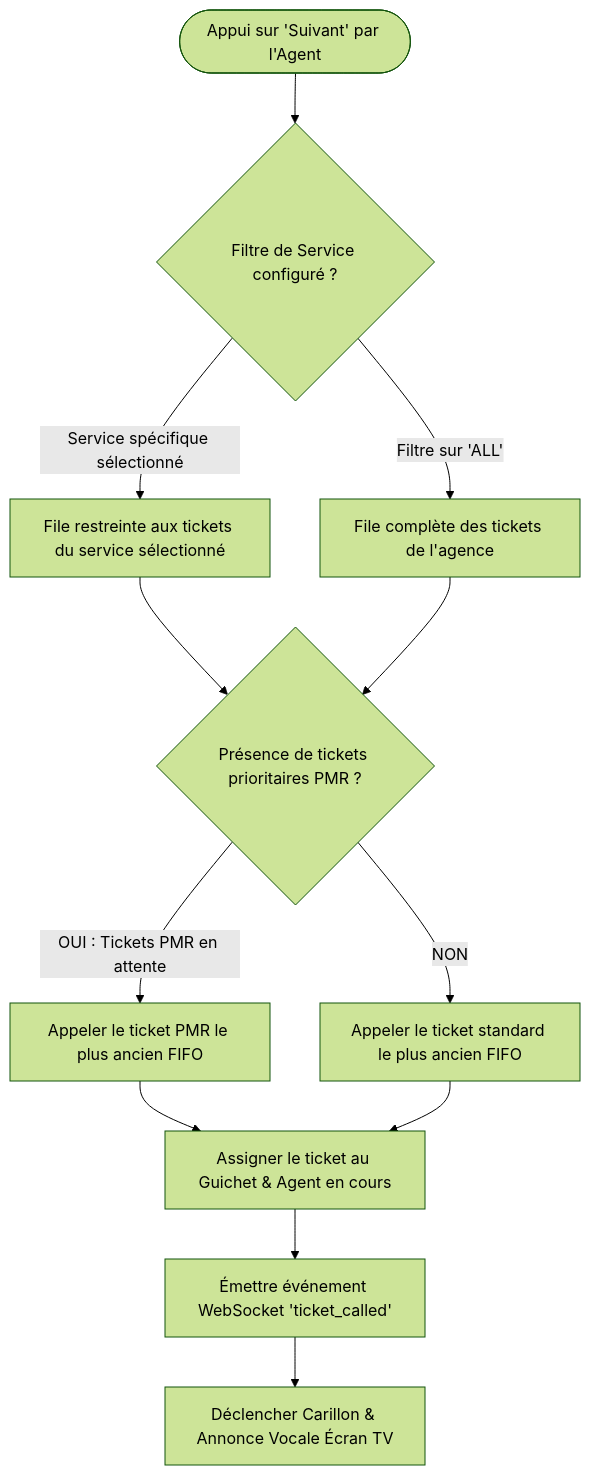
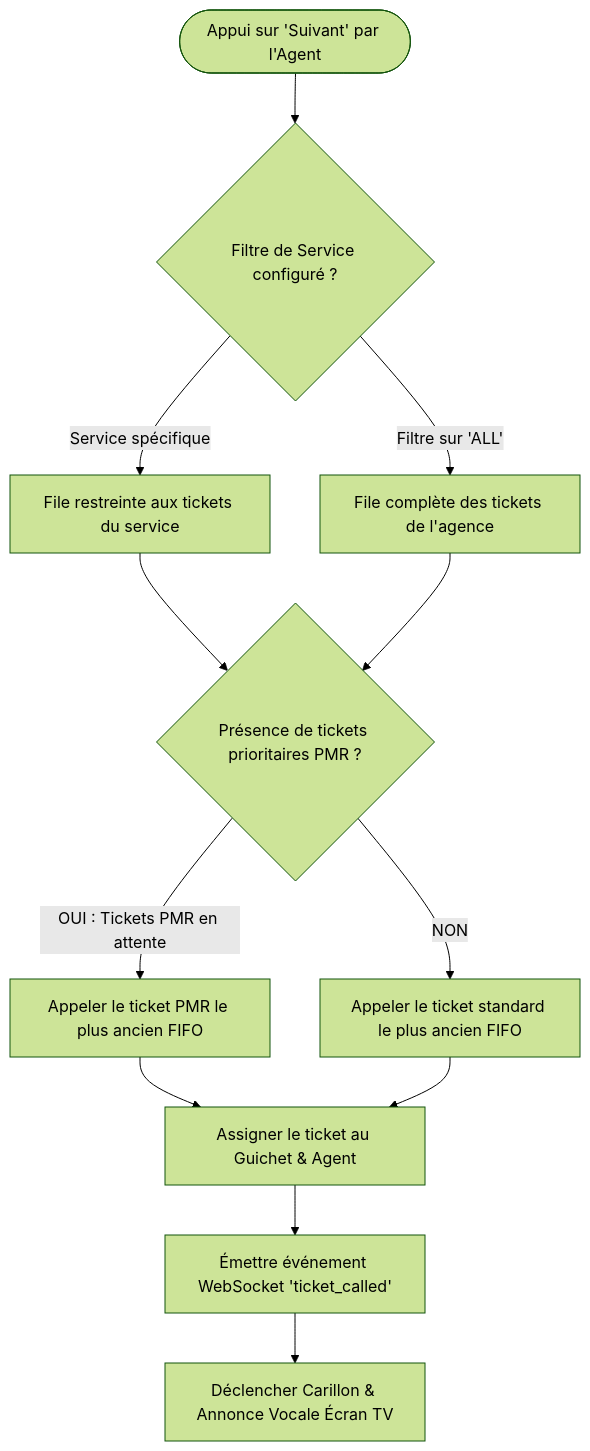
The second of 3 diagrams in DOCUMENTATION_TECHNIQUE.md (DavidLegend007/Cofina-Queue-Deployement), drawn with Mermaid (forest theme) before and after one commit. The commit also changed other lines of this file and 36 other files, not shown here.

````diff
--- a/DOCUMENTATION_TECHNIQUE.md
+++ b/DOCUMENTATION_TECHNIQUE.md
@@ -213,19 +211,19 @@
 ```mermaid
 flowchart TD
     Start([Appui sur 'Suivant' par l'Agent]) --> CheckFilter{Filtre de Service configuré ?}
     
-    CheckFilter -->|Service spécifique sélectionné| FilteredQueue[File restreinte aux tickets du service sélectionné]
+    CheckFilter -->|Service spécifique| FilteredQueue[File restreinte aux tickets du service]
     CheckFilter -->|Filtre sur 'ALL'| FullQueue[File complète des tickets de l'agence]
     
     FilteredQueue --> CheckPMR{Présence de tickets prioritaires PMR ?}
     FullQueue --> CheckPMR
     
     CheckPMR -->|OUI : Tickets PMR en attente| ServePMR[Appeler le ticket PMR le plus ancien FIFO]
     CheckPMR -->|NON| ServeStandard[Appeler le ticket standard le plus ancien FIFO]
     
-    ServePMR --> AssignTicket[Assigner le ticket au Guichet & Agent en cours]
+    ServePMR --> AssignTicket[Assigner le ticket au Guichet & Agent]
     ServeStandard --> AssignTicket
     
     AssignTicket --> EmitWS[Émettre événement WebSocket 'ticket_called']
     EmitWS --> TriggerAudio[Déclencher Carillon & Annonce Vocale Écran TV]
 ```
````
